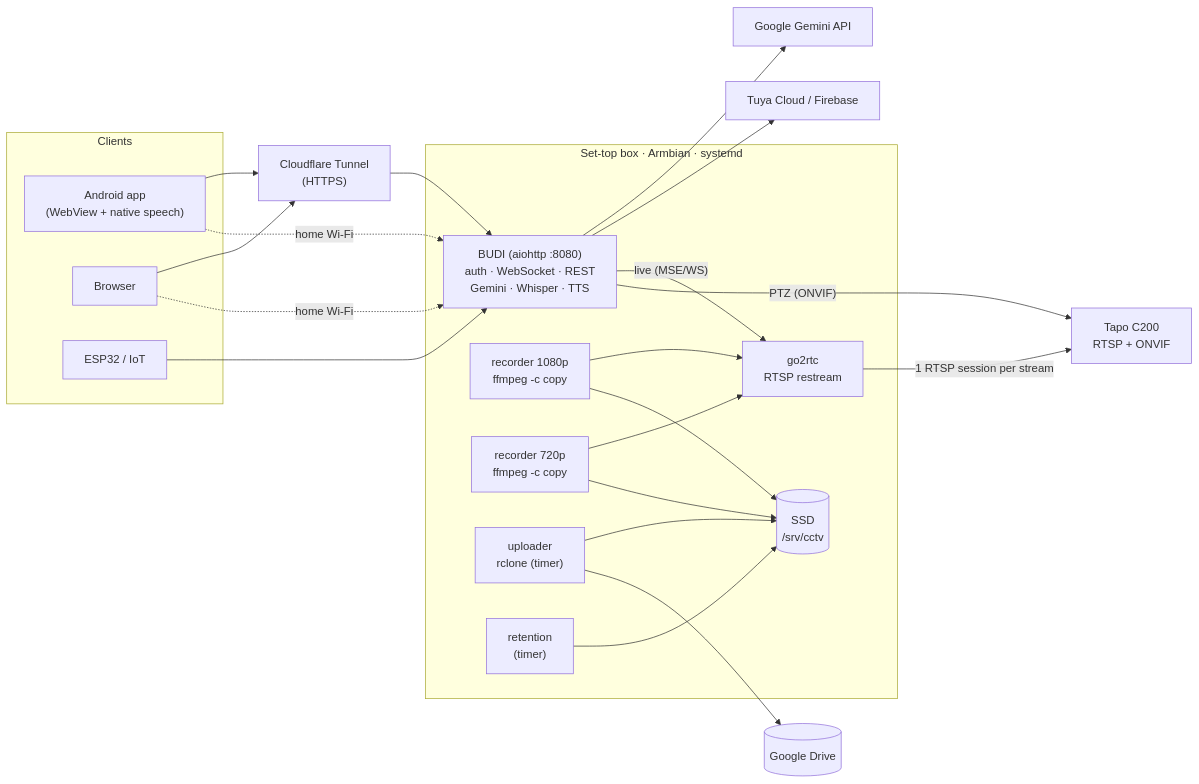
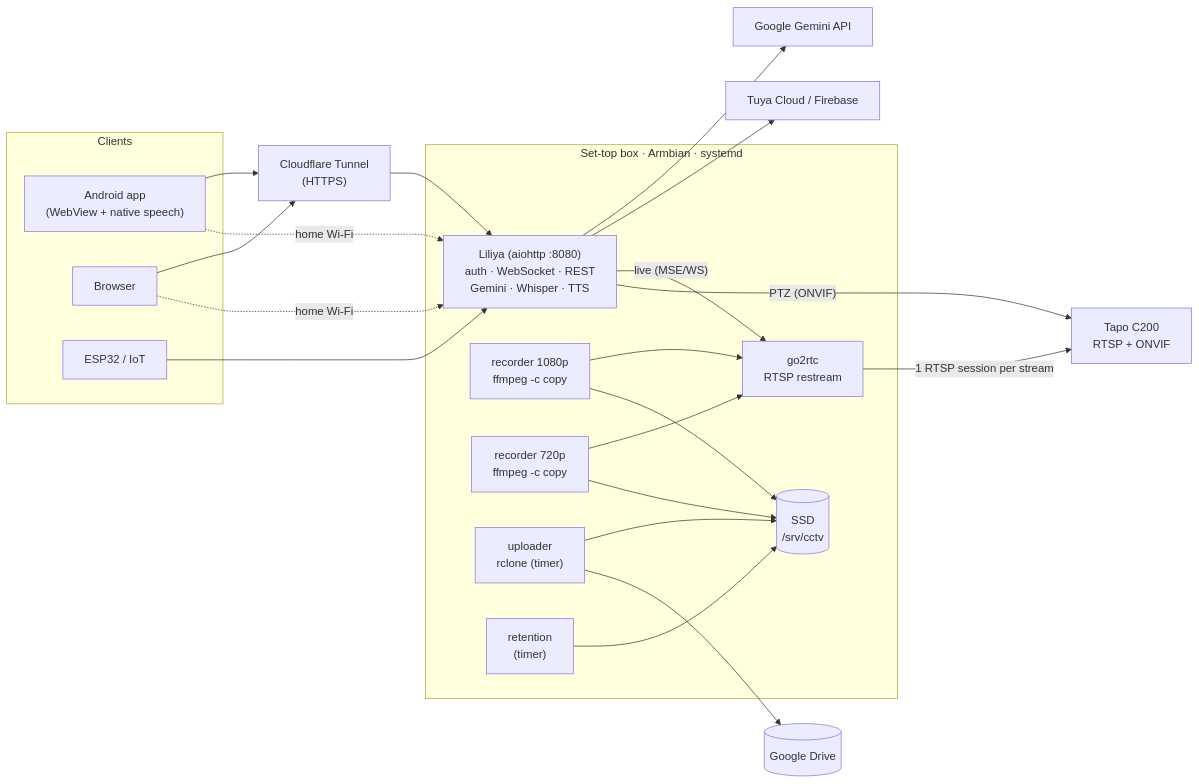
One commit to AhmadFazriNursamsi/liliya-home changed the diagram in README.md. Above: the diagram before and after it, drawn with Mermaid. The commit also changed other lines of this file, not shown here.

Commit message:
README: rename project title to Liliya

````diff
--- a/README.md
+++ b/README.md
@@ -106,40 +106,40 @@
 ```mermaid
 flowchart LR
     subgraph Clients
         APP["Android app<br/>(WebView + native speech)"]
         WEB["Browser"]
         IOT["ESP32 / IoT"]
     end
 
     CF["Cloudflare Tunnel<br/>(HTTPS)"]
 
     subgraph STB["Set-top box · Armbian · systemd"]
-        BUDI["BUDI (aiohttp :8080)<br/>auth · WebSocket · REST<br/>Gemini · Whisper · TTS"]
+        BUDI["Liliya (aiohttp :8080)<br/>auth · WebSocket · REST<br/>Gemini · Whisper · TTS"]
         GO2RTC["go2rtc<br/>RTSP restream"]
         REC1["recorder 1080p<br/>ffmpeg -c copy"]
         REC2["recorder 720p<br/>ffmpeg -c copy"]
         UP["uploader<br/>rclone (timer)"]
         CLEAN["retention<br/>(timer)"]
         SSD[("SSD<br/>/srv/cctv")]
     end
 
     CAM["Tapo C200<br/>RTSP + ONVIF"]
     GEM["Google Gemini API"]
     TUYA["Tuya Cloud / Firebase"]
     DRIVE[("Google Drive")]
 
     APP & WEB --> CF --> BUDI
     APP & WEB -. home Wi-Fi .-> BUDI
     IOT --> BUDI
     BUDI --> GEM
     BUDI --> TUYA
     BUDI -- "live (MSE/WS)" --> GO2RTC
     BUDI -- "PTZ (ONVIF)" --> CAM
     GO2RTC -- "1 RTSP session per stream" --> CAM
     REC1 & REC2 --> GO2RTC
     REC1 --> SSD
     REC2 --> SSD
     CLEAN --> SSD
     UP --> SSD
     UP --> DRIVE
 ```
````
